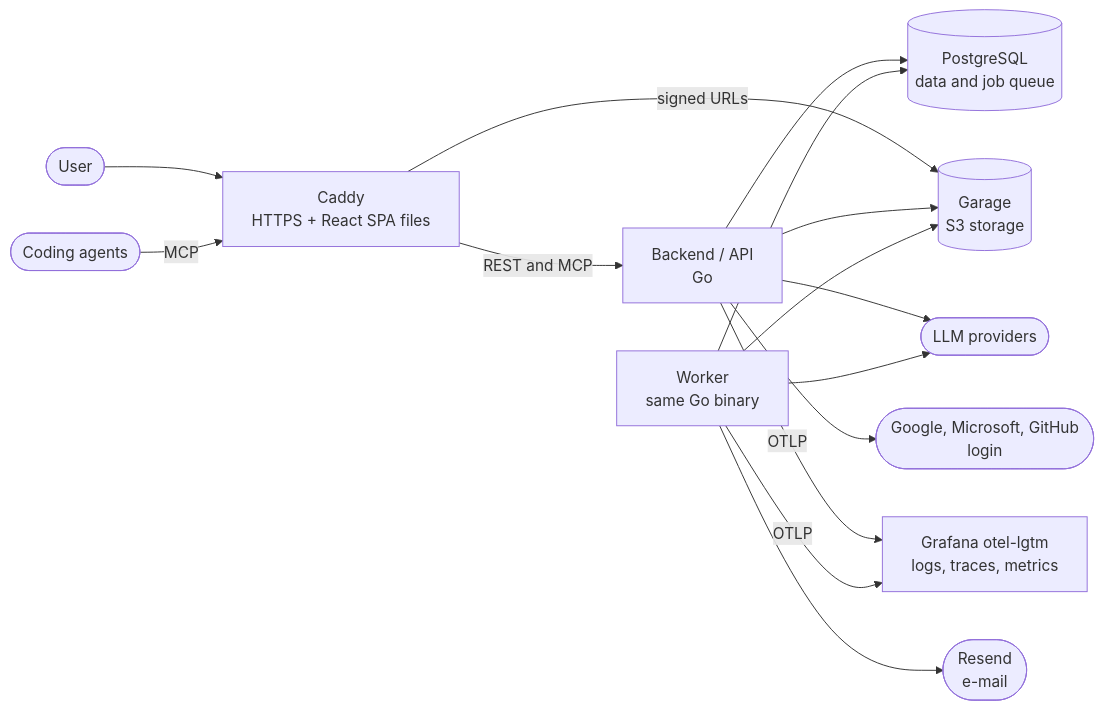
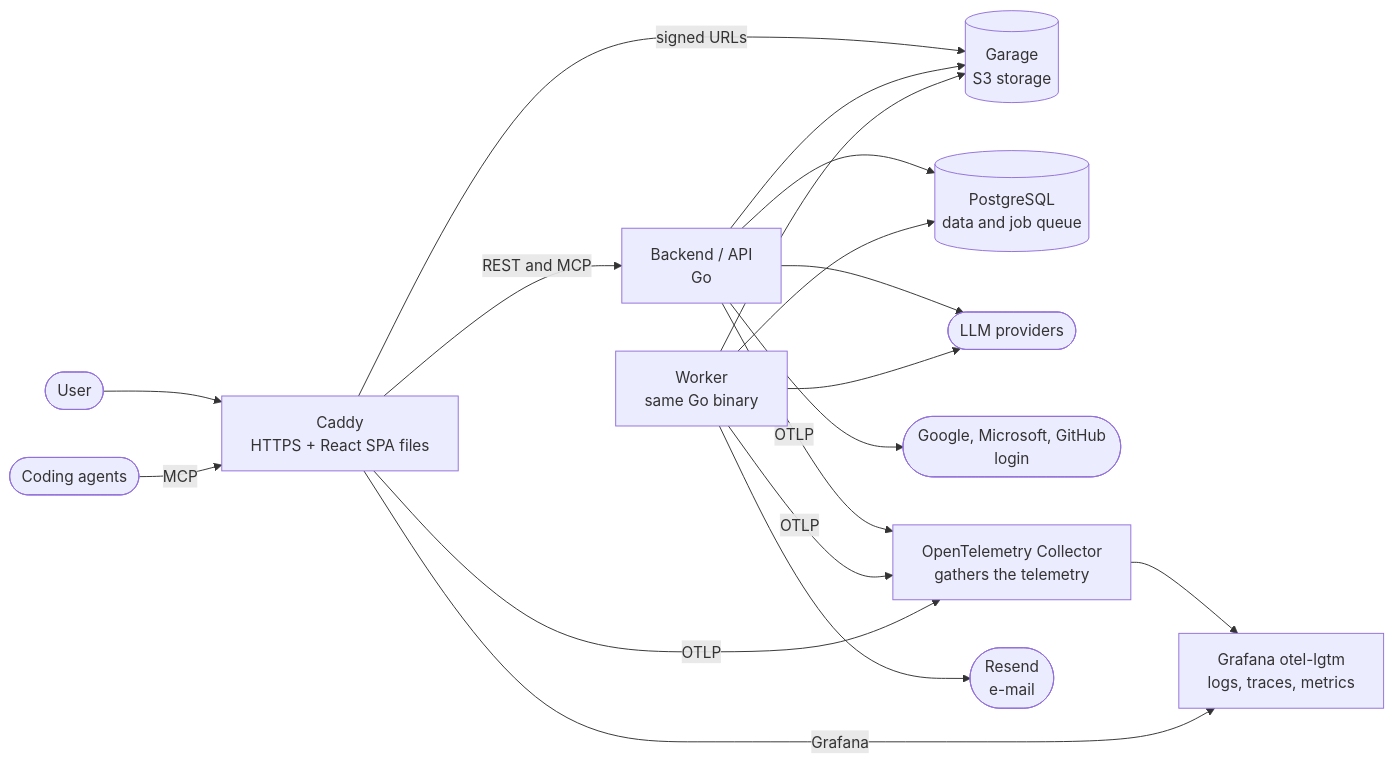
The diagram in README.md (dannilodms/forgespark), drawn with Mermaid before and after one commit. The commit also changed other lines of this file and 5 other files, not shown here.

````diff
--- a/README.md
+++ b/README.md
@@ -43,17 +43,20 @@
 ```mermaid
 flowchart LR
     user([User]) --> proxy[Caddy<br/>HTTPS + React SPA files]
     agents([Coding agents]) -->|MCP| proxy
     proxy -->|REST and MCP| api[Backend / API<br/>Go]
     proxy -->|signed URLs| storage[(Garage<br/>S3 storage)]
     api --> db[(PostgreSQL<br/>data and job queue)]
     api --> storage
     api --> llm([LLM providers])
     api --> idp([Google, Microsoft, GitHub<br/>login])
-    api -->|OTLP| telemetry[Grafana otel-lgtm<br/>logs, traces, metrics]
+    api -->|OTLP| collector[OpenTelemetry Collector<br/>gathers the telemetry]
     worker[Worker<br/>same Go binary] --> db
     worker --> storage
     worker --> llm
     worker --> mail([Resend<br/>e-mail])
-    worker -->|OTLP| telemetry
+    worker -->|OTLP| collector
+    proxy -->|OTLP| collector
+    collector --> telemetry[Grafana otel-lgtm<br/>logs, traces, metrics]
+    proxy -->|Grafana| telemetry
 ```
````
